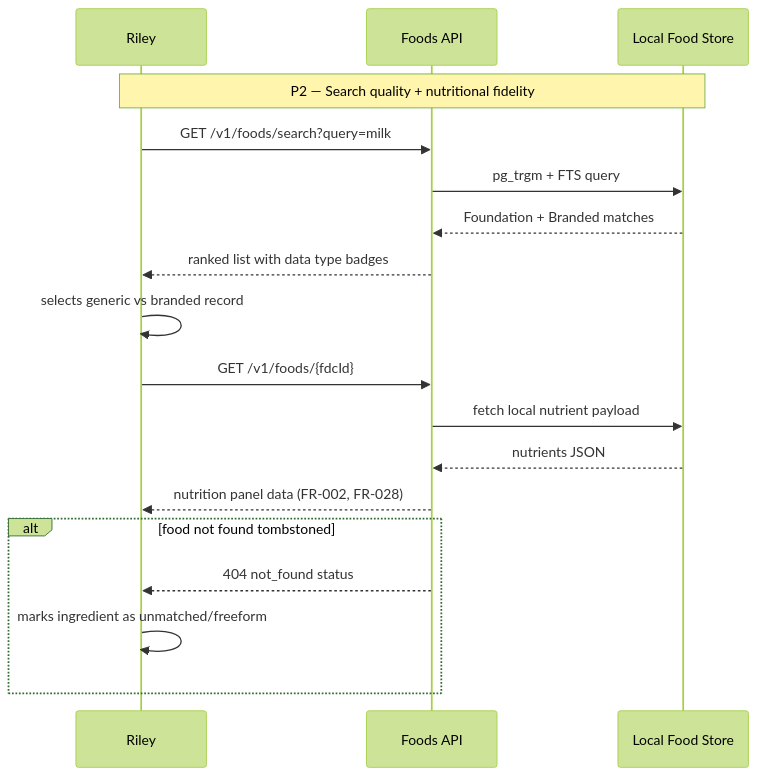
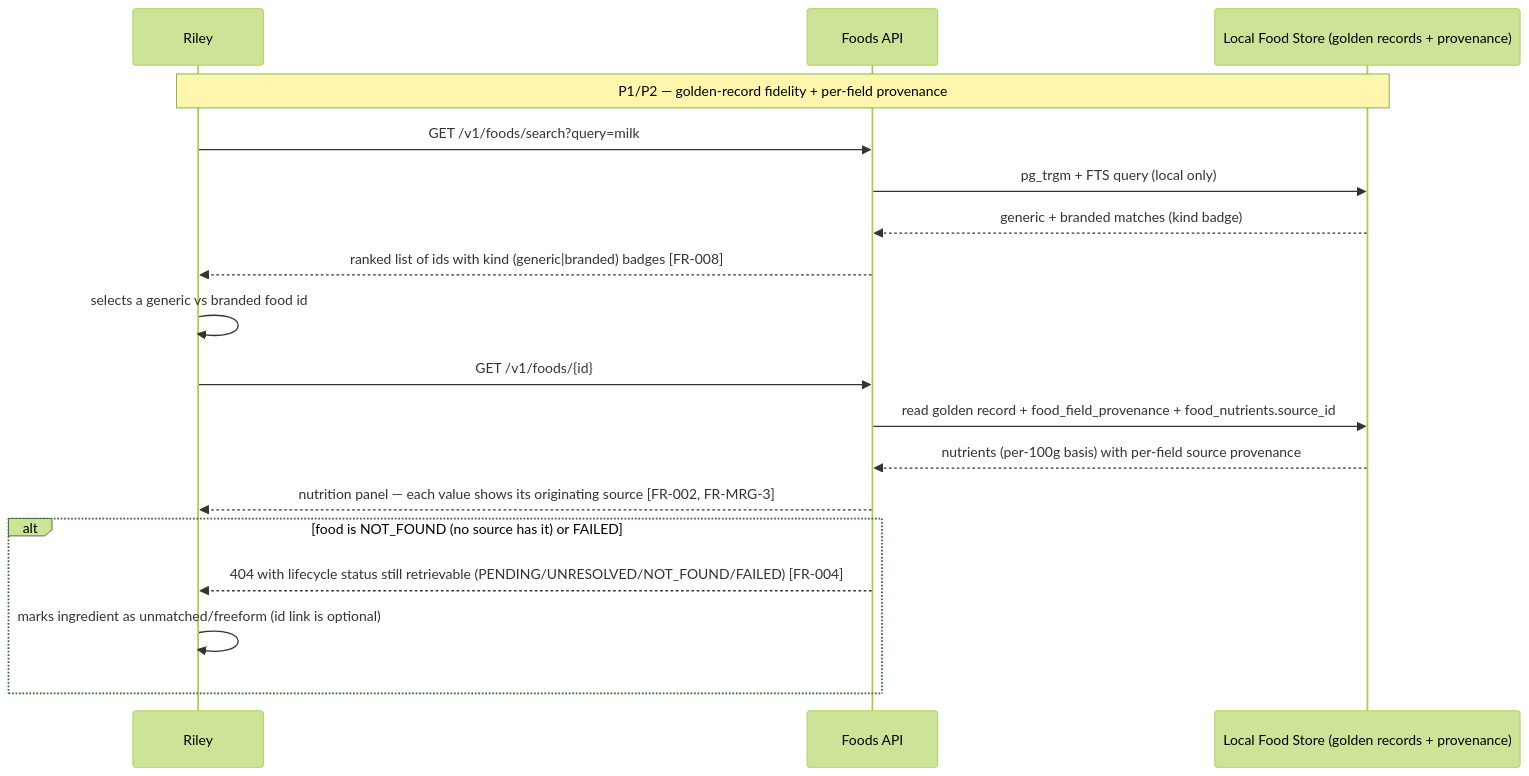
Before and after one commit to radicle-co/KitchenSink: the second of 3 diagrams in specs/003-usda-food-data/product-spec/user-journey.md, drawn with Mermaid (forest theme). The commit also changed other lines of this file and 202 other files, not shown here.

First line of the commit message:
feat(food): source-agnostic food data model, service, USDA sync, and CDK infra (#53)

````diff
--- a/specs/003-usda-food-data/product-spec/user-journey.md
+++ b/specs/003-usda-food-data/product-spec/user-journey.md
@@ -67,25 +88,25 @@
 ```mermaid
 sequenceDiagram
     participant U as Riley
     participant API as Foods API
-    participant DB as Local Food Store
+    participant DB as Local Food Store (golden records + provenance)
 
-    Note over U,DB: P2 — Search quality + nutritional fidelity
+    Note over U,DB: P1/P2 — golden-record fidelity + per-field provenance
 
     U->>API: GET /v1/foods/search?query=milk
-    API->>DB: pg_trgm + FTS query
-    DB-->>API: Foundation + Branded matches
-    API-->>U: ranked list with data type badges
+    API->>DB: pg_trgm + FTS query (local only)
+    DB-->>API: generic + branded matches (kind badge)
+    API-->>U: ranked list of ids with kind (generic|branded) badges [FR-008]
 
-    U->>U: selects generic vs branded record
+    U->>U: selects a generic vs branded food id
 
-    U->>API: GET /v1/foods/{fdcId}
-    API->>DB: fetch local nutrient payload
-    DB-->>API: nutrients JSON
-    API-->>U: nutrition panel data (FR-002, FR-028)
+    U->>API: GET /v1/foods/{id}
+    API->>DB: read golden record + food_field_provenance + food_nutrients.source_id
+    DB-->>API: nutrients (per-100g basis) with per-field source provenance
+    API-->>U: nutrition panel — each value shows its originating source [FR-002, FR-MRG-3]
 
-    alt food not found tombstoned
-      API-->>U: 404 not_found status
-      U->>U: marks ingredient as unmatched/freeform
+    alt food is NOT_FOUND (no source has it) or FAILED
+      API-->>U: 404 with lifecycle status still retrievable (PENDING/UNRESOLVED/NOT_FOUND/FAILED) [FR-004]
+      U->>U: marks ingredient as unmatched/freeform (id link is optional)
     end
 ```
````
